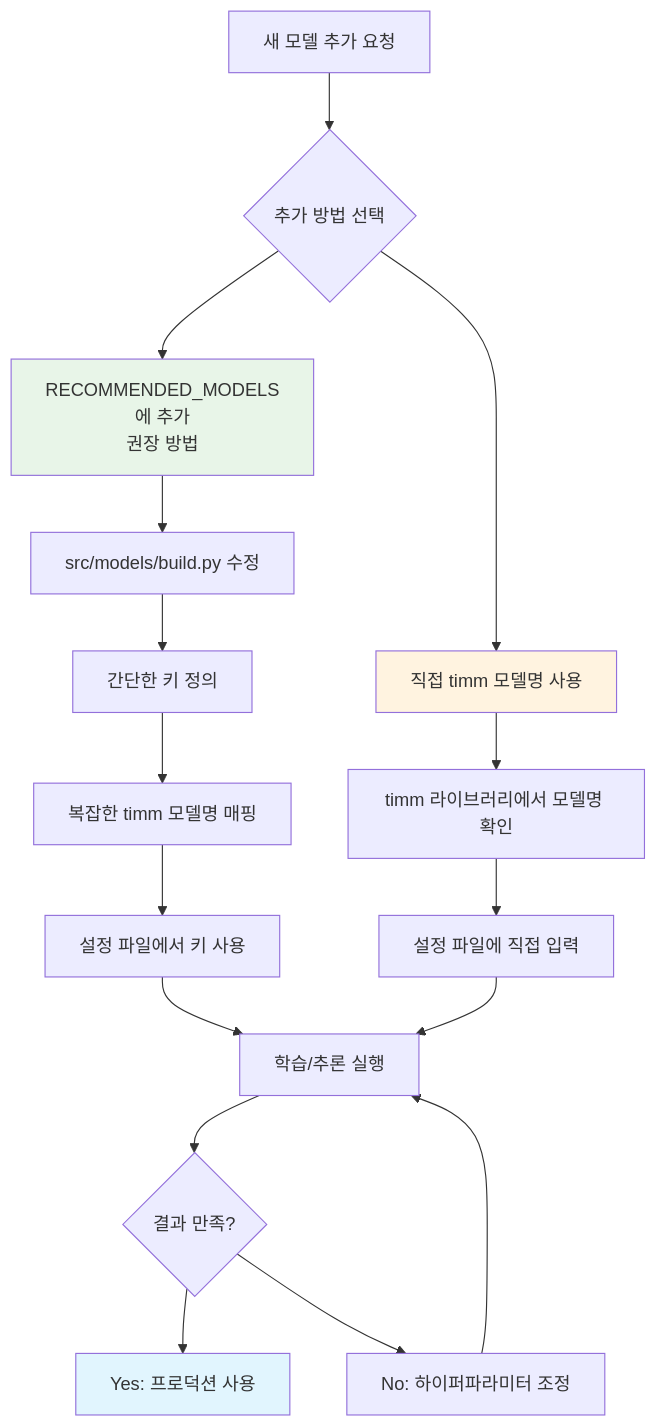
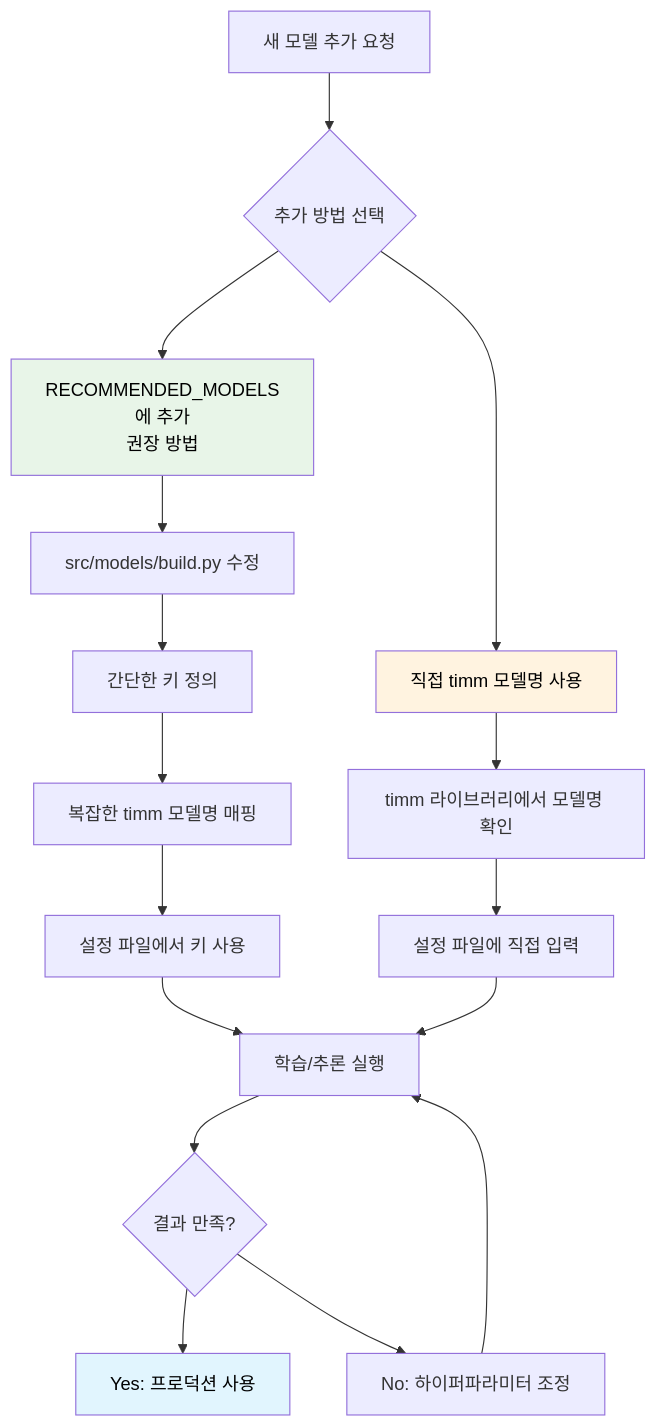
The second of 14 diagrams in docs/모델/모델_설정_가이드.md (nimnusmik/CV_documents_classification_competition), drawn with Mermaid before and after one commit. The commit also changed other lines of this file and 11 other files, not shown here.

Commit message:
docs: mermaid 글자 색상 명확한 검정색으로 수정

````diff
--- a/docs/모델/모델_설정_가이드.md
+++ b/docs/모델/모델_설정_가이드.md
@@ -71,27 +71,27 @@
 ```mermaid
 flowchart TD
     A[새 모델 추가 요청] --> B{추가 방법 선택}
     
     B --> C[RECOMMENDED_MODELS에 추가<br/>권장 방법]
     B --> D[직접 timm 모델명 사용]
     
     C --> E[src/models/build.py 수정]
     E --> F[간단한 키 정의]
     F --> G[복잡한 timm 모델명 매핑]
     G --> H[설정 파일에서 키 사용]
     
     D --> I[timm 라이브러리에서 모델명 확인]
     I --> J[설정 파일에 직접 입력]
     
     H --> K[학습/추론 실행]
     J --> K
     
     K --> L{결과 만족?}
     L --> M[Yes: 프로덕션 사용]
     L --> N[No: 하이퍼파라미터 조정]
     N --> K
     
-    style C fill:#e8f5e8
-    style D fill:#fff3e0
-    style M fill:#e1f5fe
+    style C fill:#e8f5e8, color:#000000
+    style D fill:#fff3e0, color:#000000
+    style M fill:#e1f5fe, color:#000000
 ```
````
